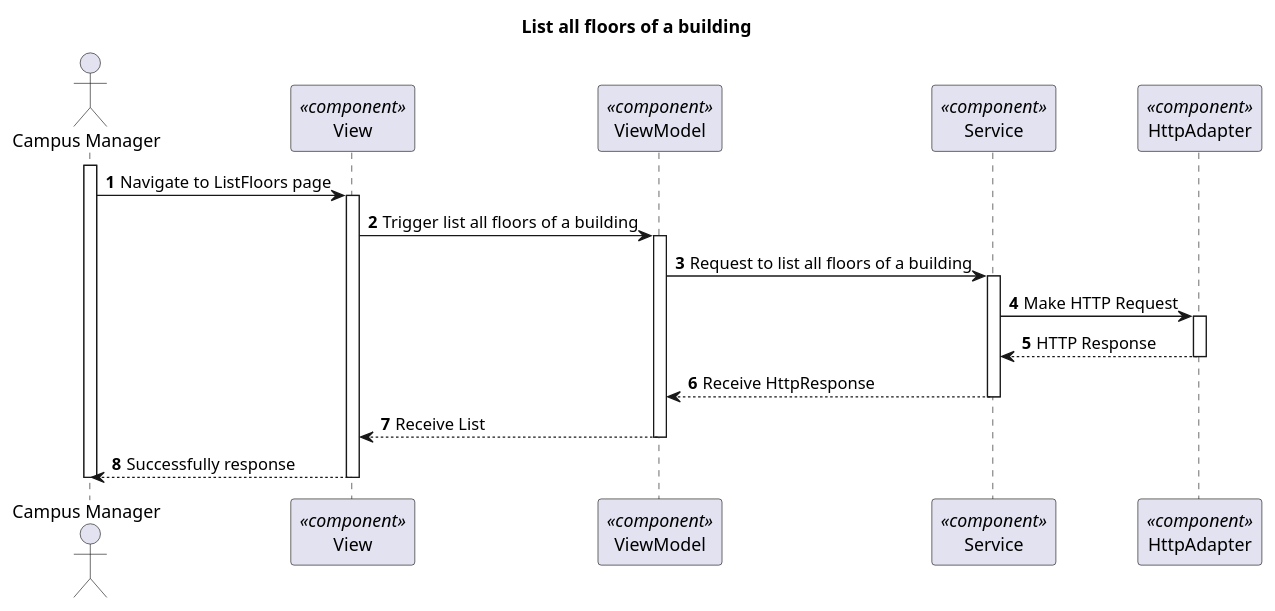
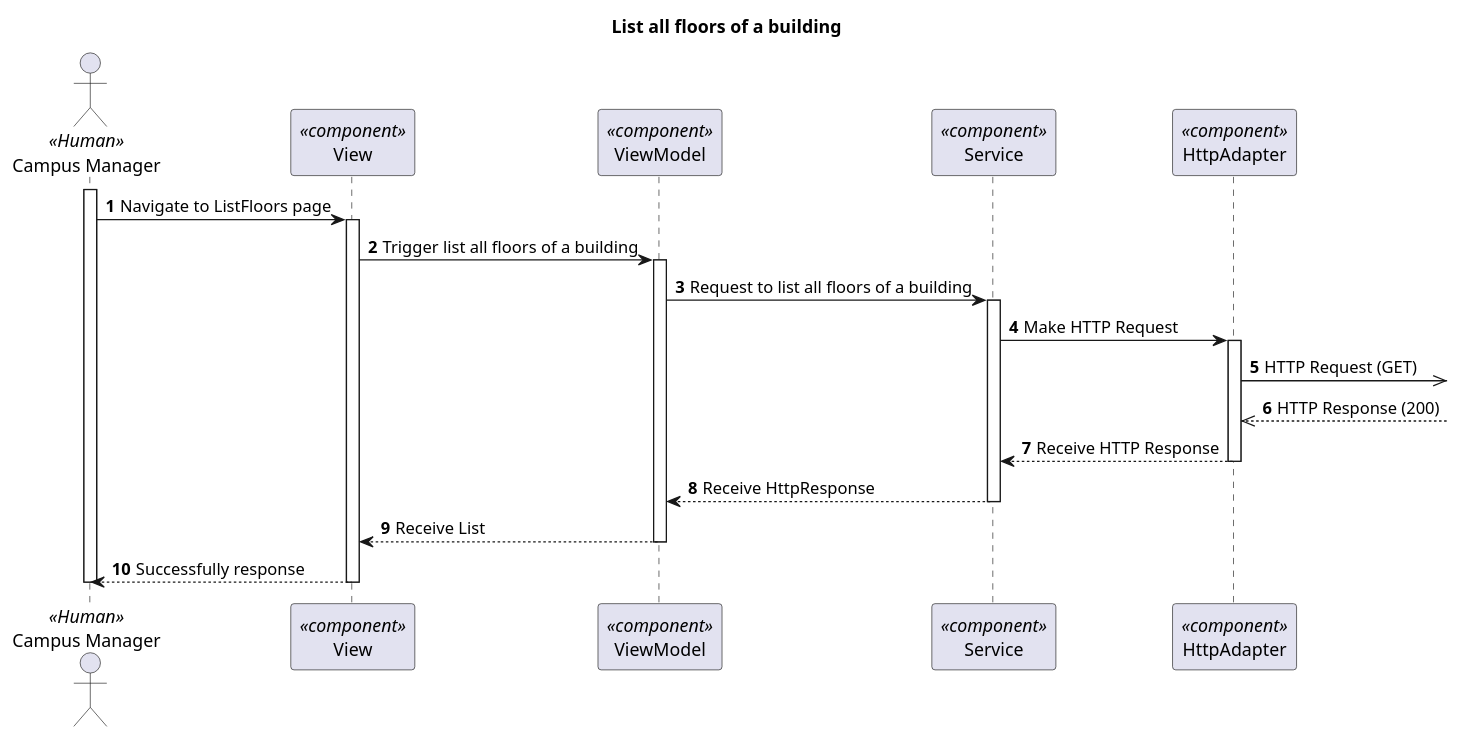
One commit to 1210910/lapr5 changed the diagram in docs/VistaProcesso/US210(1100)/Visualization/ProcessView_Level3_US1100.puml. Above: the diagram before and after it, drawn with PlantUML. The commit also changed 42 other files, not shown here.

```diff
--- a/docs/VistaProcesso/US210(1100)/Visualization/ProcessView_Level3_US1100.puml
+++ b/docs/VistaProcesso/US210(1100)/Visualization/ProcessView_Level3_US1100.puml
@@ -1,36 +1,38 @@
 @startuml Process View - Level 3
 
 autonumber
 skinparam packageStyle rect
 
 title List all floors of a building
 
-actor "Campus Manager" as CM
+actor "Campus Manager" as CM <<Human>>
 participant "View" as view <<component>>
 participant "ViewModel" as viewModel <<component>>
 participant "Service" as service <<component>>
 participant "HttpAdapter" as httpAdapter <<component>>
 
 activate CM
 CM -> view : Navigate to ListFloors page
 activate view
 view -> viewModel : Trigger list all floors of a building
 
 activate viewModel
 viewModel -> service : Request to list all floors of a building
 
 activate service
 service -> httpAdapter : Make HTTP Request
 activate httpAdapter
-httpAdapter --> service : HTTP Response
+httpAdapter ->> : HTTP Request (GET)
+httpAdapter <<-- : HTTP Response (200)
+httpAdapter --> service : Receive HTTP Response
 deactivate httpAdapter
 
 service --> viewModel : Receive HttpResponse
 deactivate service
 viewModel --> view : Receive List
 deactivate viewModel
 
 CM <-- view : Successfully response
 deactivate view
 deactivate CM
 @enduml
```
